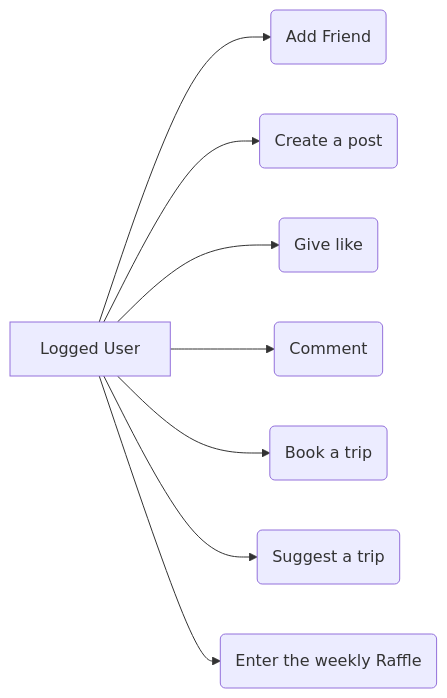
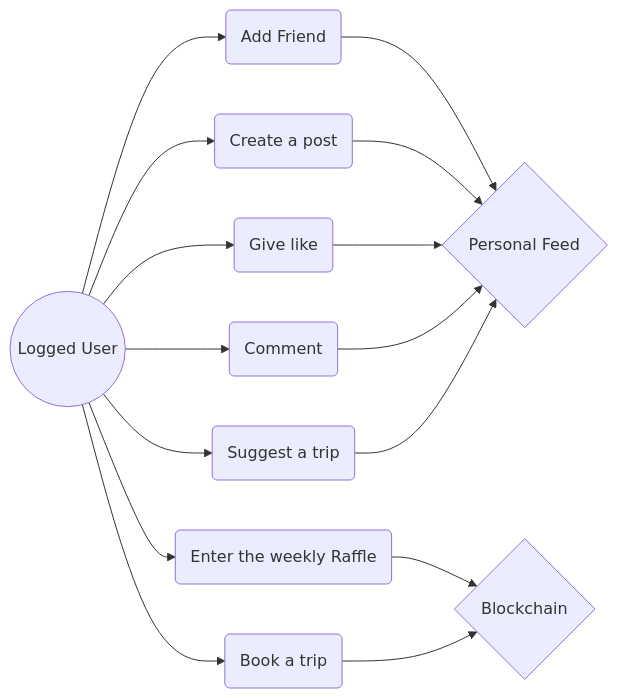
Before and after one commit to FJ-Riveros/CryptoAway: the third of 3 diagrams in README.md, drawn with Mermaid. The commit also changed other lines of this file, not shown here.

````diff
--- a/README.md
+++ b/README.md
@@ -238,12 +238,19 @@
 ```mermaid
 graph LR
-A[Logged User]
+A((Logged User))
 A--> B(Add Friend)
 A --> C(Create a post)
 A --> D(Give like)
 A --> E(Comment)
+A --> G(Suggest a trip)
 A --> F(Book a trip)
-A --> G(Suggest a trip)
 A --> H(Enter the weekly Raffle)
+H --> I{Blockchain}
+F --> I
+B --> J{Personal Feed}
+C --> J{Personal Feed}
+D --> J{Personal Feed}
+E --> J{Personal Feed}
+G --> J{Personal Feed}
 
 ```
````
